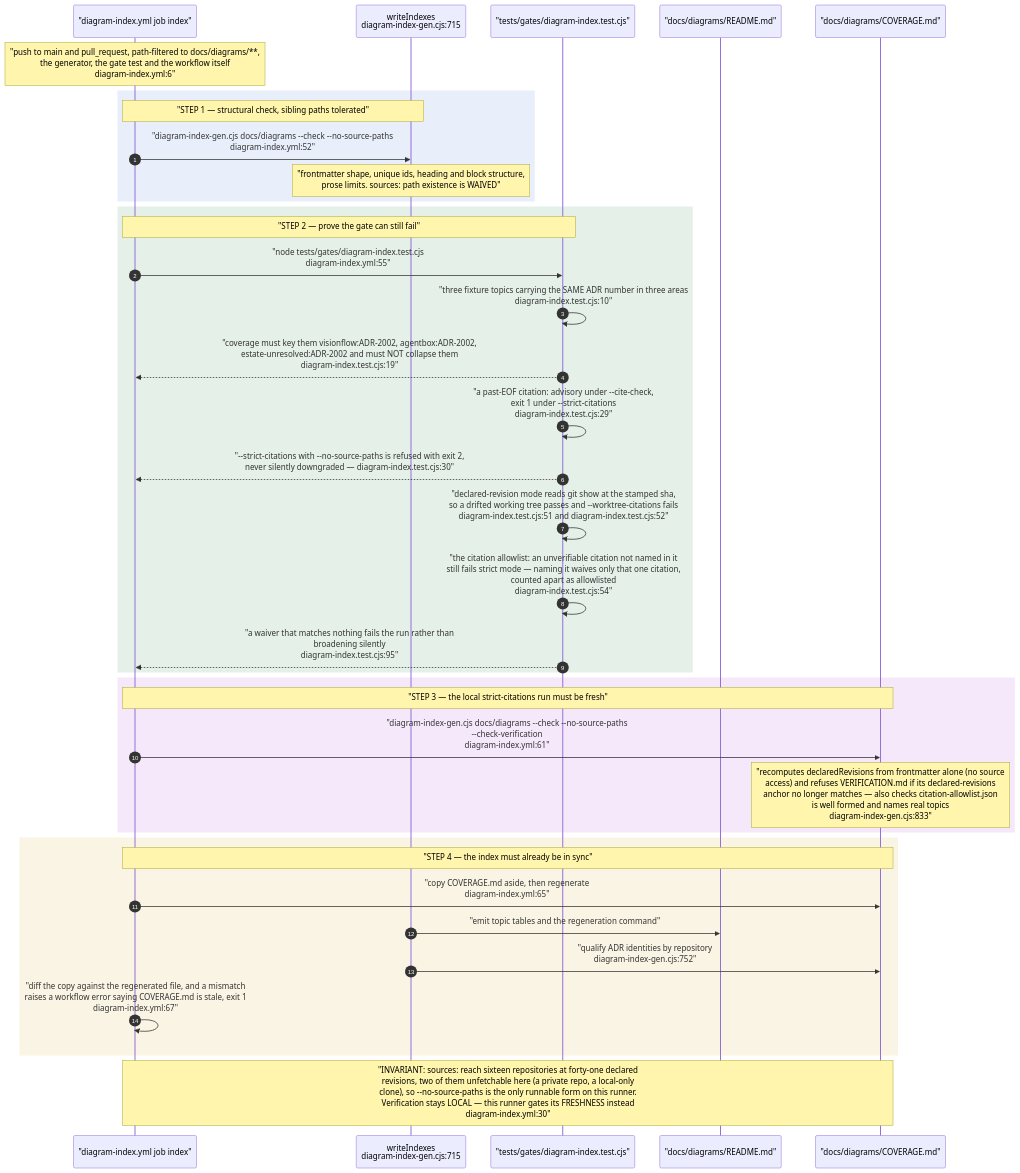
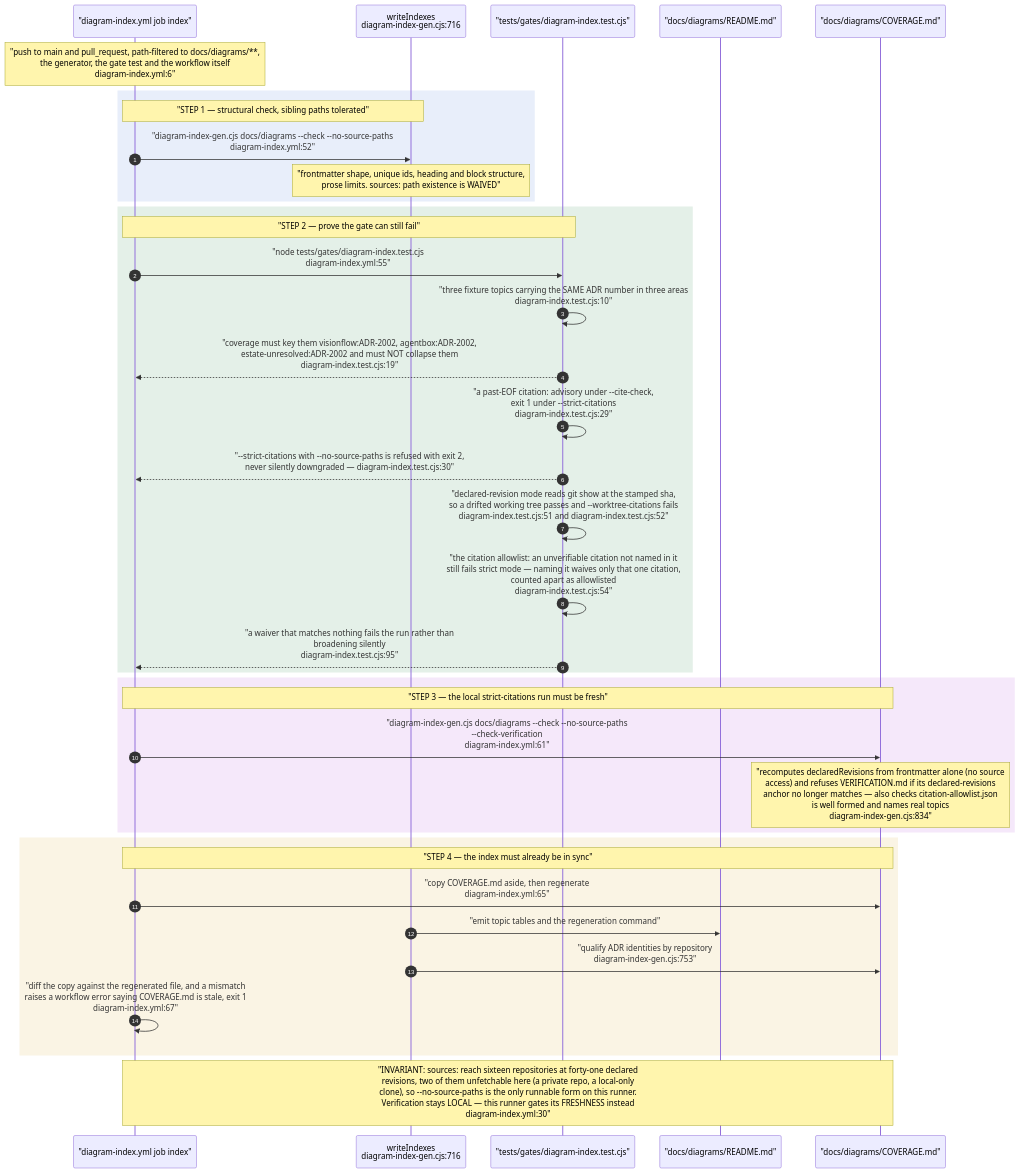
Before and after one commit to DreamLab-AI/VisionFlow: diagram 12 of 14 in docs/diagrams/visionflow/06-diagram-tooling.md, drawn with Mermaid. The commit also changed other lines of this file and 94 other files, not shown here.

First line of the commit message:
docs(diagrams): re-verify 130 topics against 2 October HEADs

````diff
--- a/docs/diagrams/visionflow/06-diagram-tooling.md
+++ b/docs/diagrams/visionflow/06-diagram-tooling.md
@@ -376,45 +376,45 @@
 ```mermaid
 sequenceDiagram
     autonumber
     participant CI as "diagram-index.yml job index"
-    participant G as writeIndexes<br/>diagram-index-gen.cjs:715
+    participant G as writeIndexes<br/>diagram-index-gen.cjs:716
     participant T as "tests/gates/diagram-index.test.cjs"
     participant RM as "docs/diagrams/README.md"
     participant CV as "docs/diagrams/COVERAGE.md"
 
     Note over CI: "push to main and pull_request, path-filtered to docs/diagrams/**,<br/>the generator, the gate test and the workflow itself<br/>diagram-index.yml:6"
 
     rect rgb(232, 238, 250)
     Note over CI,G: "STEP 1 — structural check, sibling paths tolerated"
     CI->>G: "diagram-index-gen.cjs docs/diagrams --check --no-source-paths<br/>diagram-index.yml:52"
     Note over G: "frontmatter shape, unique ids, heading and block structure,<br/>prose limits. sources: path existence is WAIVED"
     end
 
     rect rgb(228, 240, 232)
     Note over CI,T: "STEP 2 — prove the gate can still fail"
     CI->>T: "node tests/gates/diagram-index.test.cjs<br/>diagram-index.yml:55"
     T->>T: "three fixture topics carrying the SAME ADR number in three areas<br/>diagram-index.test.cjs:10"
     T-->>CI: "coverage must key them visionflow:ADR-2002, agentbox:ADR-2002,<br/>estate-unresolved:ADR-2002 and must NOT collapse them<br/>diagram-index.test.cjs:19"
     T->>T: "a past-EOF citation: advisory under --cite-check,<br/>exit 1 under --strict-citations<br/>diagram-index.test.cjs:29"
     T-->>CI: "--strict-citations with --no-source-paths is refused with exit 2,<br/>never silently downgraded — diagram-index.test.cjs:30"
     T->>T: "declared-revision mode reads git show at the stamped sha,<br/>so a drifted working tree passes and --worktree-citations fails<br/>diagram-index.test.cjs:51 and diagram-index.test.cjs:52"
     T->>T: "the citation allowlist: an unverifiable citation not named in it<br/>still fails strict mode — naming it waives only that one citation,<br/>counted apart as allowlisted<br/>diagram-index.test.cjs:54"
     T-->>CI: "a waiver that matches nothing fails the run rather than<br/>broadening silently<br/>diagram-index.test.cjs:95"
     end
 
     rect rgb(245, 232, 250)
     Note over CI,CV: "STEP 3 — the local strict-citations run must be fresh"
     CI->>CV: "diagram-index-gen.cjs docs/diagrams --check --no-source-paths<br/>--check-verification<br/>diagram-index.yml:61"
-    Note over CV: "recomputes declaredRevisions from frontmatter alone (no source<br/>access) and refuses VERIFICATION.md if its declared-revisions<br/>anchor no longer matches — also checks citation-allowlist.json<br/>is well formed and names real topics<br/>diagram-index-gen.cjs:833"
+    Note over CV: "recomputes declaredRevisions from frontmatter alone (no source<br/>access) and refuses VERIFICATION.md if its declared-revisions<br/>anchor no longer matches — also checks citation-allowlist.json<br/>is well formed and names real topics<br/>diagram-index-gen.cjs:834"
     end
 
     rect rgb(250, 244, 228)
     Note over CI,CV: "STEP 4 — the index must already be in sync"
     CI->>CV: "copy COVERAGE.md aside, then regenerate<br/>diagram-index.yml:65"
     G->>RM: "emit topic tables and the regeneration command"
-    G->>CV: "qualify ADR identities by repository<br/>diagram-index-gen.cjs:752"
+    G->>CV: "qualify ADR identities by repository<br/>diagram-index-gen.cjs:753"
     CI->>CI: "diff the copy against the regenerated file, and a mismatch<br/>raises a workflow error saying COVERAGE.md is stale, exit 1<br/>diagram-index.yml:67"
     end
 
     Note over CI,CV: "INVARIANT: sources: reach sixteen repositories at forty-one declared<br/>revisions, two of them unfetchable here (a private repo, a local-only<br/>clone), so --no-source-paths is the only runnable form on this runner.<br/>Verification stays LOCAL — this runner gates its FRESHNESS instead<br/>diagram-index.yml:30"
 ```
````
